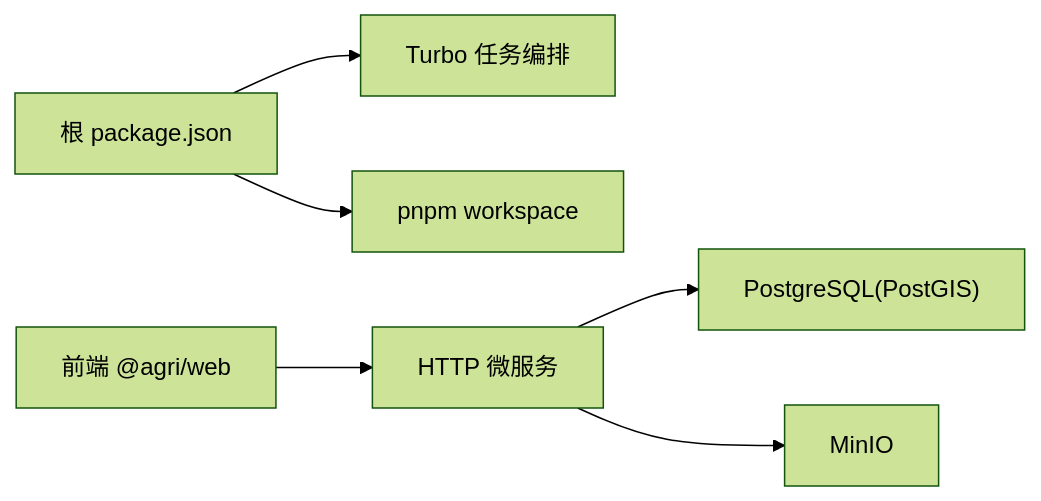
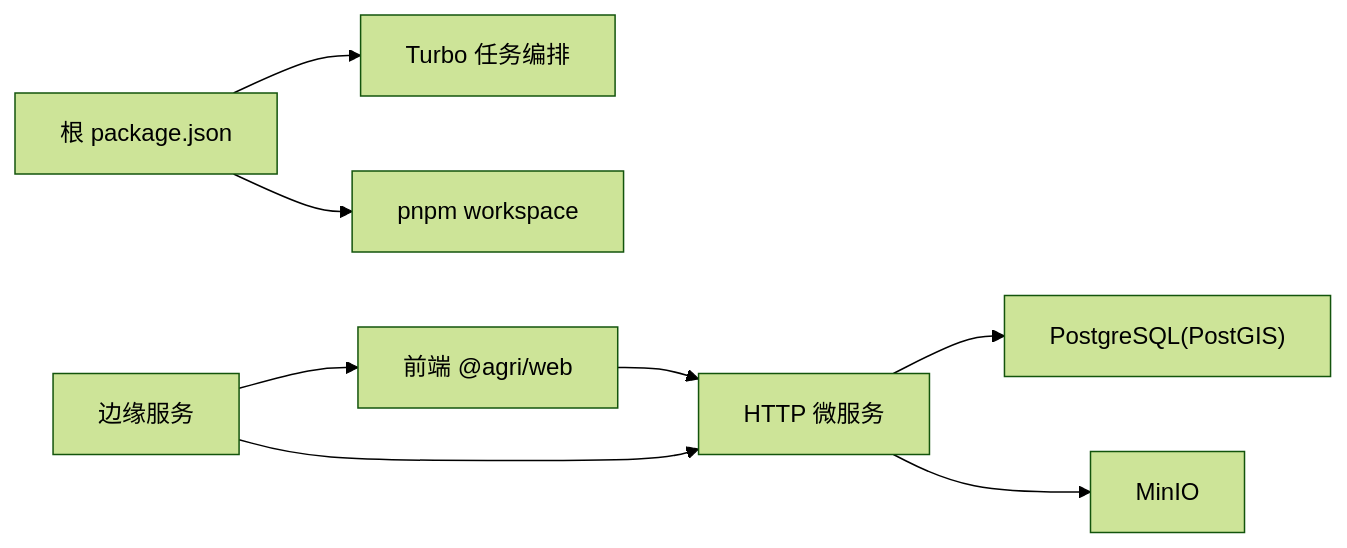
Before and after one commit to q446328246/agri-platform: the fourth of 4 diagrams in .qoder/repowiki/zh/content/部署运维/部署策略.md, drawn with Mermaid (forest theme). The commit also changed other lines of this file and 42 other files, not shown here.

````diff
--- a/.qoder/repowiki/zh/content/部署运维/部署策略.md
+++ b/.qoder/repowiki/zh/content/部署运维/部署策略.md
@@ -341,8 +418,10 @@
 ```mermaid
 graph LR
 Root["根 package.json"] --> Turbo["Turbo 任务编排"]
 Root --> PnpmWS["pnpm workspace"]
 Services["HTTP 微服务"] --> PG["PostgreSQL(PostGIS)"]
 Services --> Minio["MinIO"]
 Web["前端 @agri/web"] --> Services
+Edge["边缘服务"] --> Web
+Edge --> Services
 ```
````
